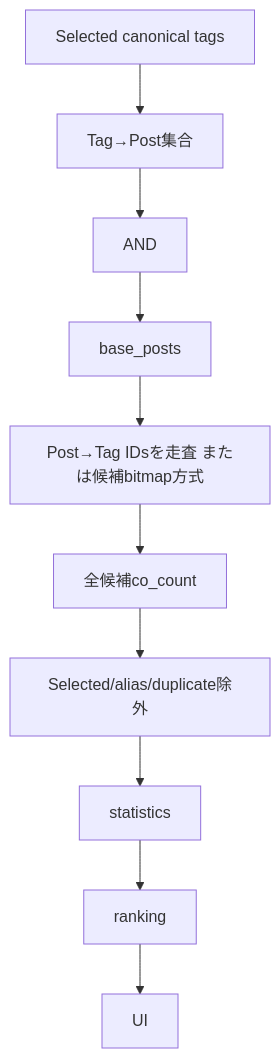
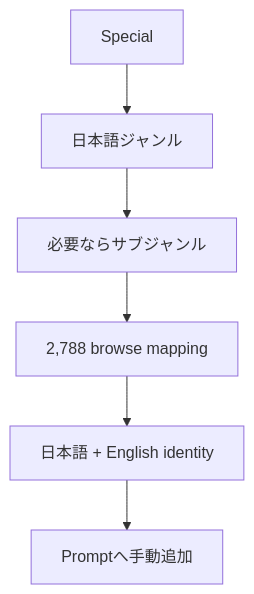
One commit to takasago181/DanbooruTagTool changed the third of 6 diagrams in docs/FLOWCHARTS.md. Above: the diagram before and after it, drawn with Mermaid. The commit also changed other lines of this file, not shown here.

Commit message:
docs: replace legacy flowcharts with current v1 flow

````diff
--- a/docs/FLOWCHARTS.md
+++ b/docs/FLOWCHARTS.md
@@ -69,12 +46,8 @@
 ```mermaid
 flowchart TD
- A[Selected canonical tags] --> B[Tag→Post集合]
- B --> C[AND]
- C --> D[base_posts]
- D --> E[Post→Tag IDsを走査 または候補bitmap方式]
- E --> F[全候補co_count]
- F --> G[Selected/alias/duplicate除外]
- G --> H[statistics]
- H --> I[ranking]
- I --> J[UI]
+ A[Special] --> B[日本語ジャンル]
+ B --> C[必要ならサブジャンル]
+ C --> D[2,788 browse mapping]
+ D --> E[日本語 + English identity]
+ E --> F[Promptへ手動追加]
 ```
````
